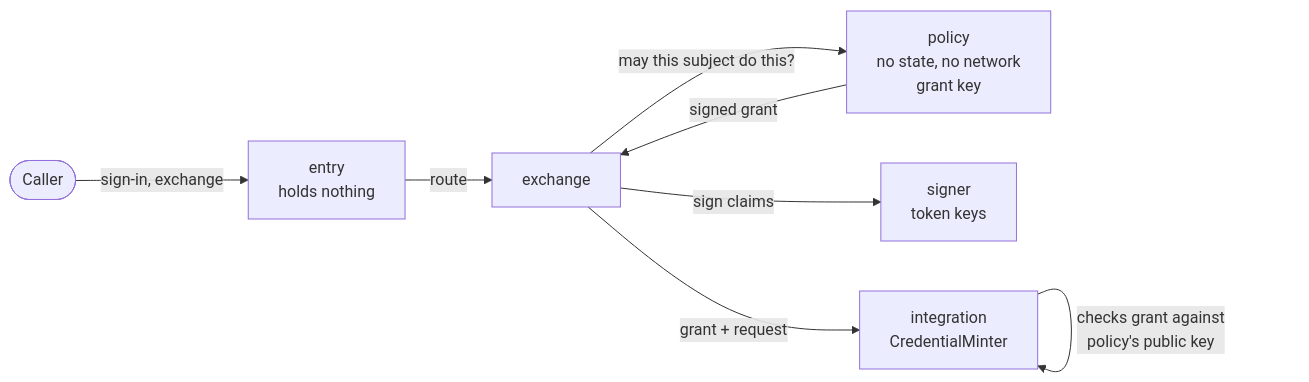
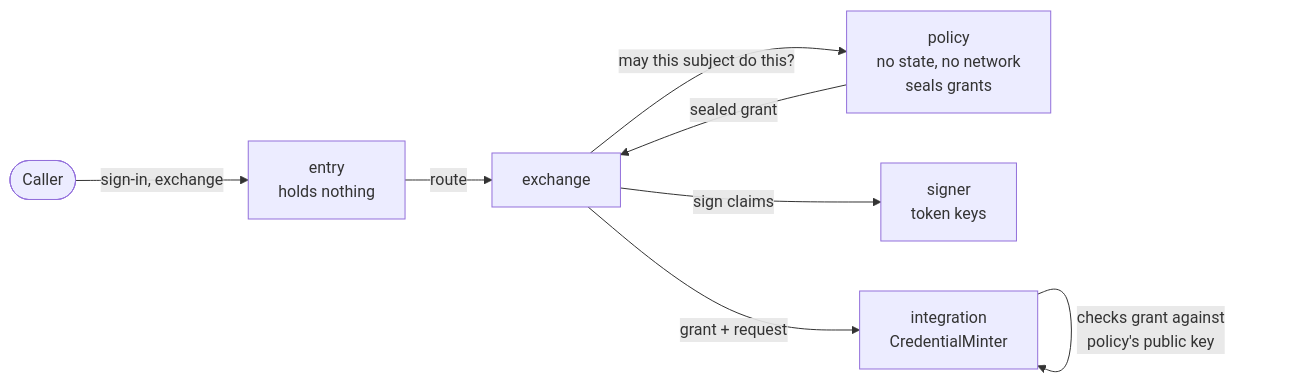
One commit to truvity/sluis changed the diagram in docs/concepts/actors.md. Above: the diagram before and after it, drawn with Mermaid. The commit also changed other lines of this file and 33 other files, not shown here.

````diff
--- a/docs/concepts/actors.md
+++ b/docs/concepts/actors.md
@@ -149,10 +149,10 @@
 ```mermaid
 flowchart LR
   user(["Caller"]) -->|"sign-in, exchange"| entry["entry<br/>holds nothing"]
   entry -->|"route"| xchg["exchange"]
-  xchg -->|"may this subject do this?"| policy["policy<br/>no state, no network<br/>grant key"]
-  policy -->|"signed grant"| xchg
+  xchg -->|"may this subject do this?"| policy["policy<br/>no state, no network<br/>seals grants"]
+  policy -->|"sealed grant"| xchg
   xchg -->|"sign claims"| signer["signer<br/>token keys"]
   xchg -->|"grant + request"| minter["integration<br/>CredentialMinter"]
   minter -->|"checks grant against<br/>policy's public key"| minter
 ```
````
